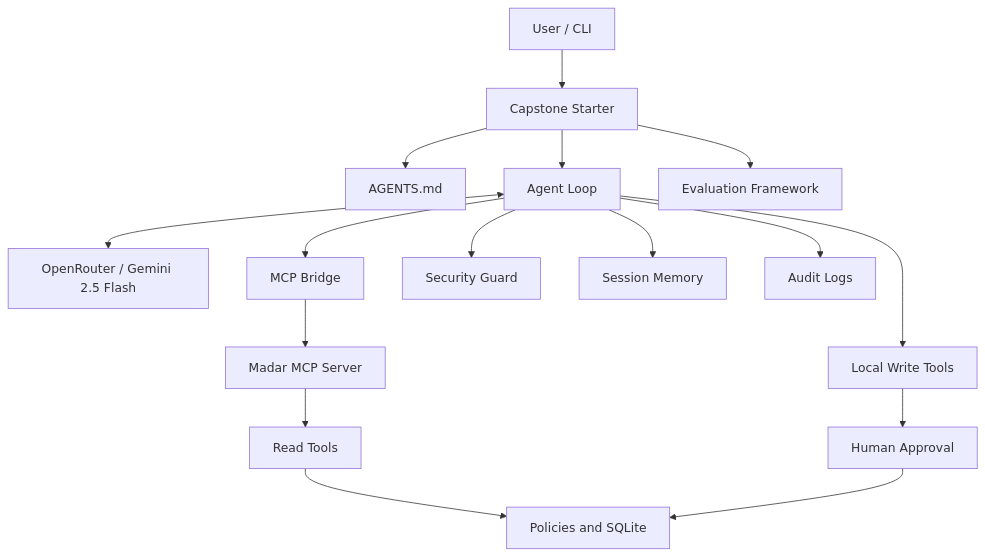
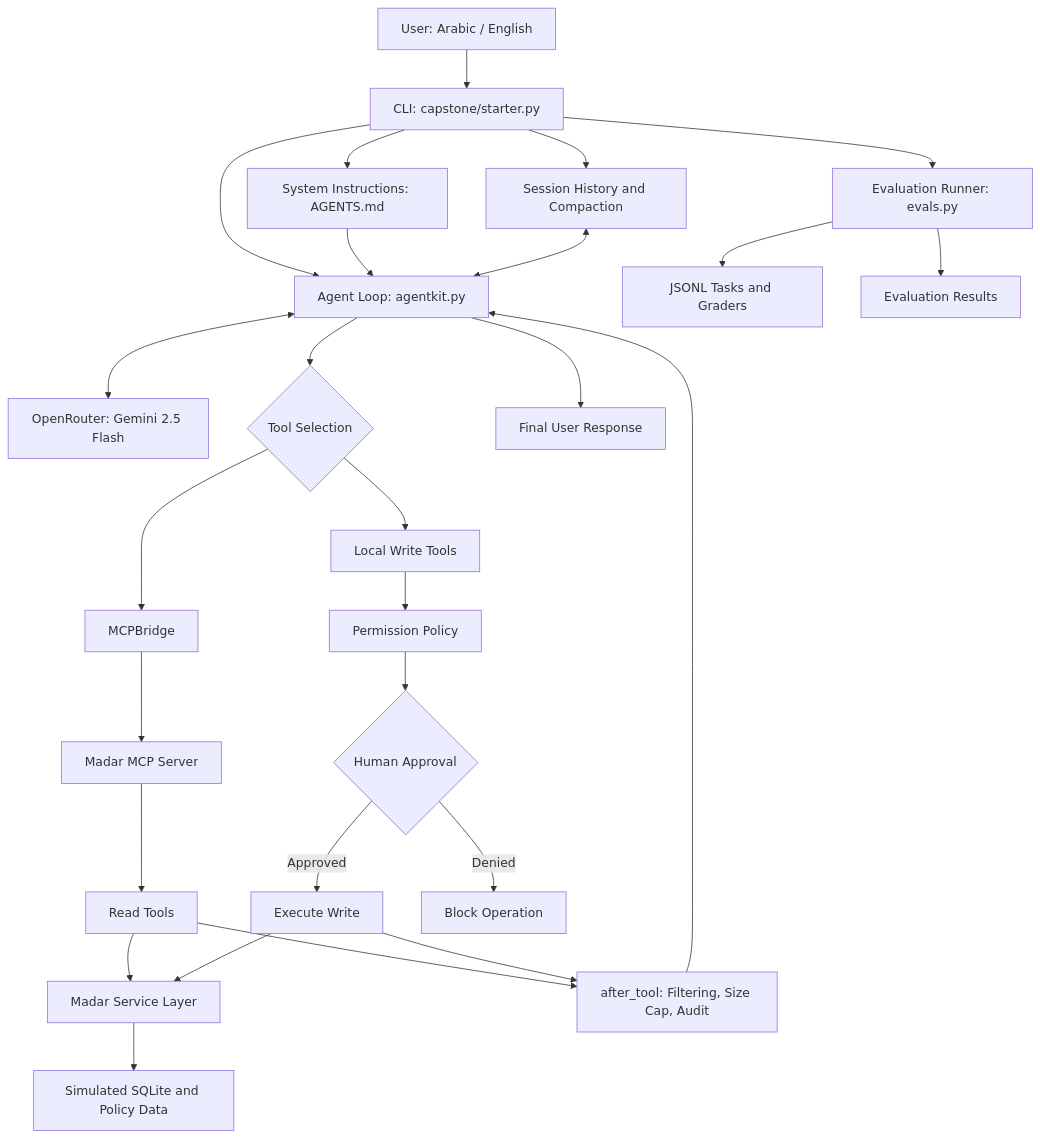
The diagram in README.md (Alaa-hf/rafeeq-capstone), drawn with Mermaid before and after one commit. The commit also changed other lines of this file, not shown here.

````diff
--- a/README.md
+++ b/README.md
@@ -89,25 +108,40 @@
 ```mermaid
 flowchart TD
-    User[User / CLI] --> Starter[Capstone Starter]
+    USER["User: Arabic / English"] --> CLI["CLI: capstone/starter.py"]
 
-    Starter --> Spec[AGENTS.md]
-    Starter --> Agent[Agent Loop]
+    CLI --> SPEC["System Instructions: AGENTS.md"]
+    CLI --> CONTEXT["Session History and Compaction"]
+    CLI --> LOOP["Agent Loop: agentkit.py"]
 
-    Agent <--> LLM[OpenRouter / Gemini 2.5 Flash]
+    SPEC --> LOOP
+    CONTEXT <--> LOOP
 
-    Agent --> MCP[MCP Bridge]
-    MCP --> MCPServer[Madar MCP Server]
-    MCPServer --> ReadTools[Read Tools]
+    LOOP <--> MODEL["OpenRouter: Gemini 2.5 Flash"]
 
-    Agent --> WriteTools[Local Write Tools]
-    WriteTools --> Approval[Human Approval]
+    LOOP --> ROUTER{"Tool Selection"}
 
-    ReadTools --> Database[Policies and SQLite]
-    Approval --> Database
+    ROUTER --> MCP["MCPBridge"]
+    MCP --> SERVER["Madar MCP Server"]
+    SERVER --> READ["Read Tools"]
 
-    Agent --> Security[Security Guard]
-    Agent --> Memory[Session Memory]
-    Agent --> Logs[Audit Logs]
+    ROUTER --> WRITE["Local Write Tools"]
+    WRITE --> PERM["Permission Policy"]
+    PERM --> HITL{"Human Approval"}
+    HITL -->|Approved| EXEC["Execute Write"]
+    HITL -->|Denied| BLOCK["Block Operation"]
 
-    Starter --> Evaluation[Evaluation Framework]
+    READ --> MADAR["Madar Service Layer"]
+    EXEC --> MADAR
+
+    MADAR --> DATA["Simulated SQLite and Policy Data"]
+
+    READ --> GUARD["after_tool: Filtering, Size Cap, Audit"]
+    EXEC --> GUARD
+    GUARD --> LOOP
+
+    LOOP --> FINAL["Final User Response"]
+
+    CLI --> EVAL["Evaluation Runner: evals.py"]
+    EVAL --> TASKS["JSONL Tasks and Graders"]
+    EVAL --> RESULTS["Evaluation Results"]
 ```
````
